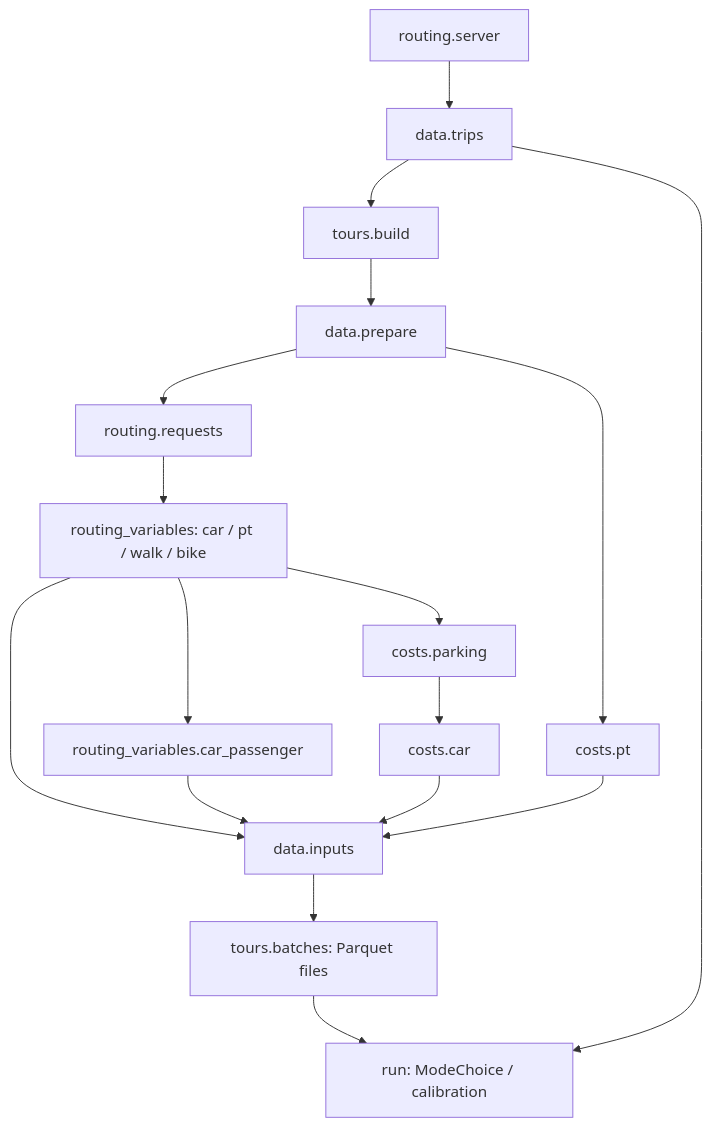
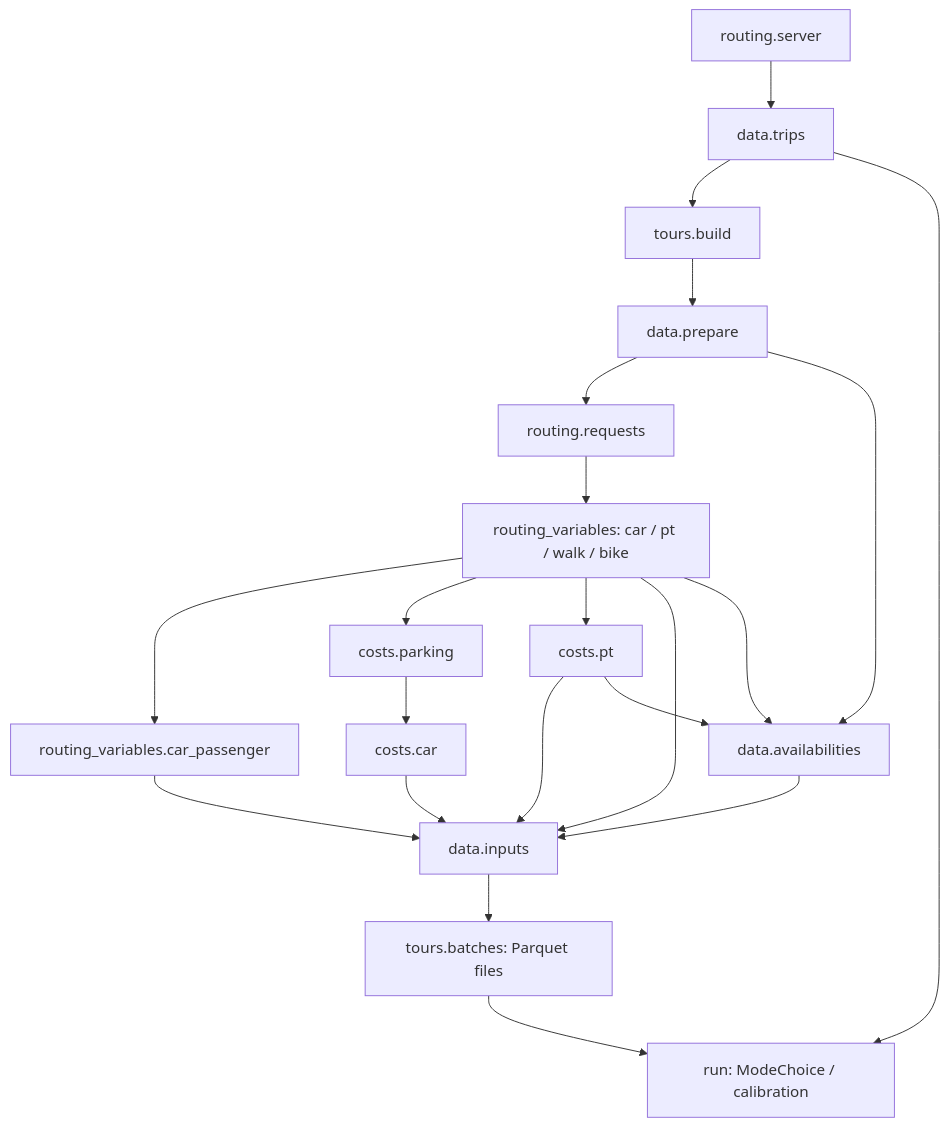
One commit to eqasim-org/eqasim-switzerland changed the diagram in mode_choice/README.md. Above: the diagram before and after it, drawn with Mermaid. The commit also changed other lines of this file and 27 other files, not shown here.

````diff
--- a/mode_choice/README.md
+++ b/mode_choice/README.md
@@ -44,19 +45,23 @@
 ```mermaid
 flowchart TD
     server[routing.server] --> trips[data.trips]
     trips --> identify[tours.build]
     identify --> features[data.prepare]
     features --> requests[routing.requests]
     requests --> routes[routing_variables: car / pt / walk / bike]
     routes --> passenger[routing_variables.car_passenger]
     routes --> parking[costs.parking]
     parking --> carcost[costs.car]
-    features --> fares[costs.pt]
+    routes --> fares[costs.pt]
     routes --> inputs[data.inputs]
     passenger --> inputs
     carcost --> inputs
     fares --> inputs
+    features --> availability[data.availabilities]
+    routes --> availability
+    fares --> availability
+    availability --> inputs
     inputs --> batches[tours.batches: Parquet files]
     batches --> run[run: ModeChoice / calibration]
     trips --> run
 ```
````
